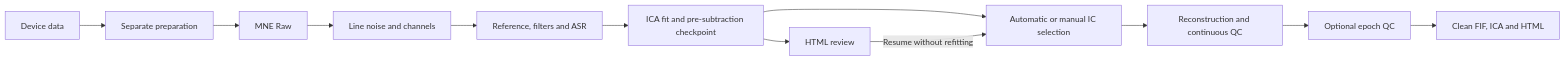
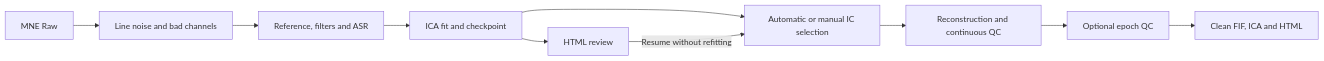
The diagram in README.md (LeiGuo0812/eegproc), drawn with Mermaid before and after one commit. The commit also changed other lines of this file and 8 other files, not shown here.

Commit message:
Focus package documentation on usage and add workflow diagrams

````diff
--- a/README.md
+++ b/README.md
@@ -59,14 +62,12 @@
 ```mermaid
 flowchart LR
-    A[Device data] --> B[Separate preparation]
-    B --> C[MNE Raw]
-    C --> D[Line noise and channels]
-    D --> E[Reference, filters and ASR]
-    E --> F[ICA fit and pre-subtraction checkpoint]
-    F --> G[Automatic or manual IC selection]
-    G --> H[Reconstruction and continuous QC]
-    H --> I[Optional epoch QC]
-    I --> J[Clean FIF, ICA and HTML]
-    F --> K[HTML review]
-    K -->|Resume without refitting| G
+    A[MNE Raw] --> B[Line noise and bad channels]
+    B --> C[Reference, filters and ASR]
+    C --> D[ICA fit and checkpoint]
+    D --> E[Automatic or manual IC selection]
+    E --> F[Reconstruction and continuous QC]
+    F --> G[Optional epoch QC]
+    G --> H[Clean FIF, ICA and HTML]
+    D --> I[HTML review]
+    I -->|Resume without refitting| E
 ```
````
